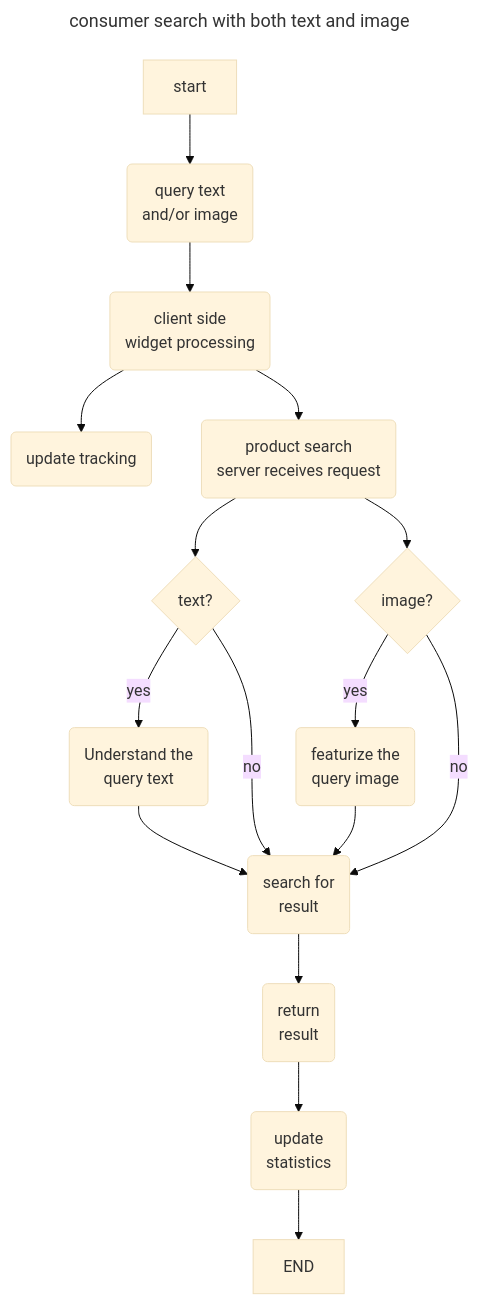
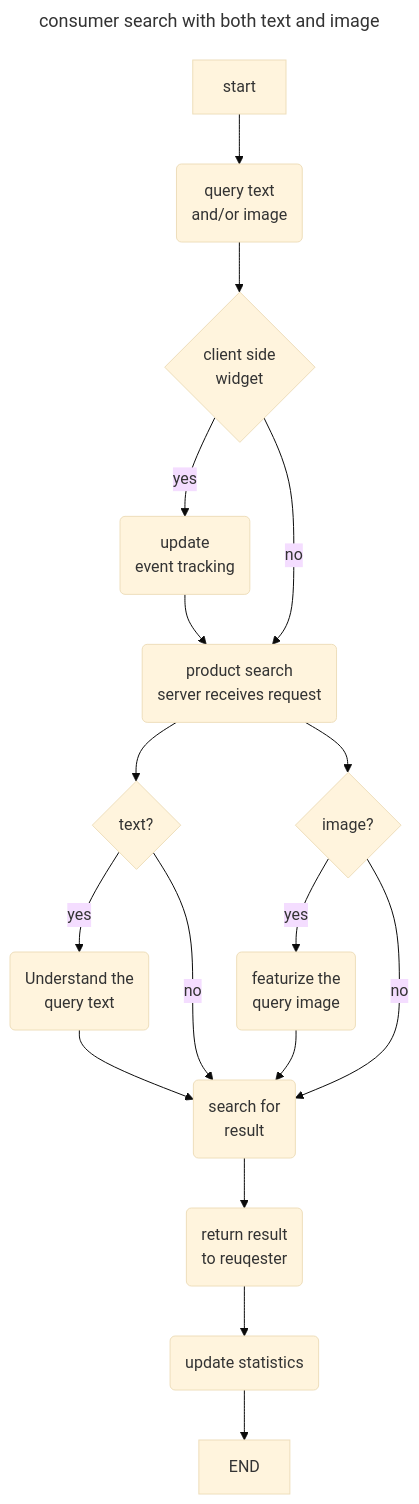
The diagram in Multi-Search_text_and_image.md (zchangvs/diagram), drawn with Mermaid (base theme) before and after one commit.

````diff
--- a/Multi-Search_text_and_image.md
+++ b/Multi-Search_text_and_image.md
@@ -1,23 +1,24 @@
 ```mermaid
 ---
 title: consumer search with both text and image
 ---
 flowchart TD
     ST[start] --> A(query text<br>and/or image)
-    A --> B(client side<br>widget processing)
-    B --> S(update tracking)
-    B --> C(product search<br>server receives request)
+    A --> B{client side<br>widget}
+    B -->|yes| S(update<br>event tracking)
+    B --> |no| C(product search<br>server receives request)
+    S --> C
     C --> TQ{text?}
     TQ--> |yes| D1(Understand the<br>query text)
     C --> IQ{image?}
     IQ--> |yes| D2(featurize the<br>query image)
     D1 --> E(search for<br>result)
     D2 --> E
     TQ--> |no| E
     IQ--> |no| E 
-    E --> F(return<br>result)
-    F --> G(update<br>statistics)
+    E --> F(return result<br>to reuqester)
+    F --> G(update statistics)
     G --> END[END] 
 
 
 ```
````
